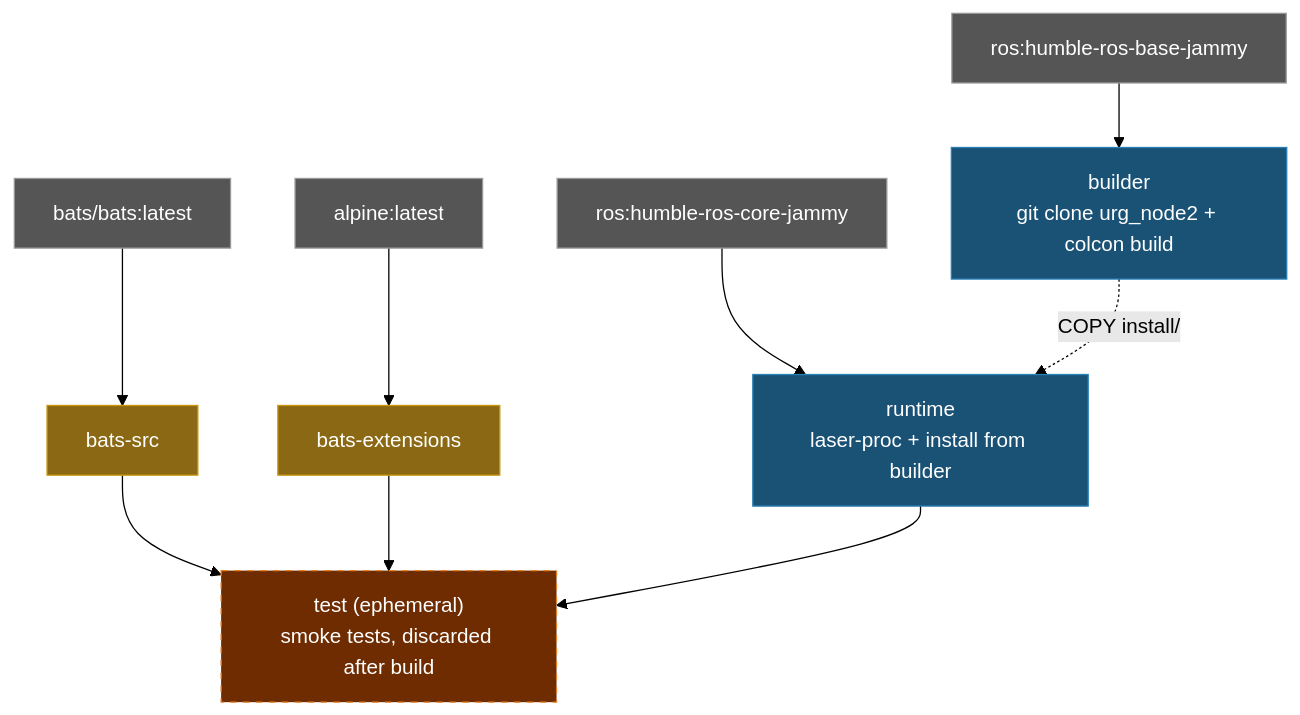
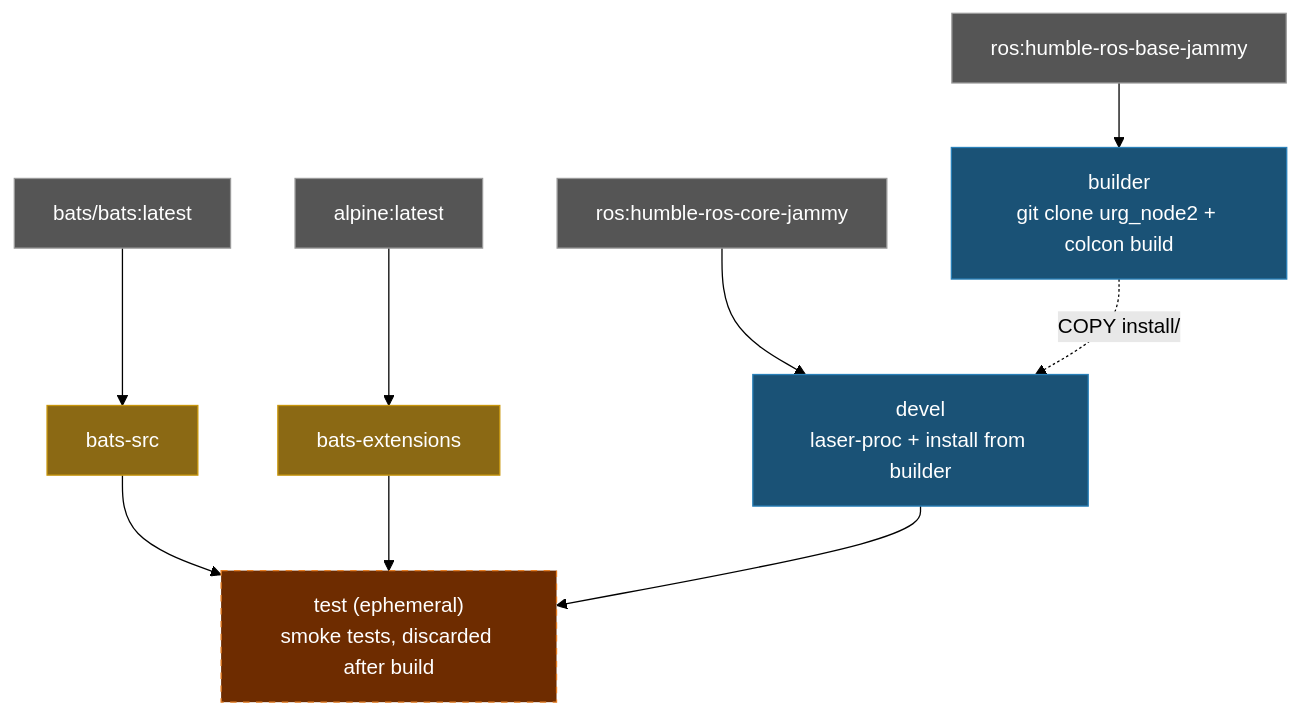
The diagram in README.md (ycpss91255-docker/urg_node2), drawn with Mermaid (forest theme) before and after one commit. The commit also changed other lines of this file and 25 other files, not shown here.

````diff
--- a/README.md
+++ b/README.md
@@ -96,24 +96,24 @@
 ```mermaid
 graph TD
     EXT1["bats/bats:latest"]:::external
     EXT2["alpine:latest"]:::external
     EXT3["ros:humble-ros-base-jammy"]:::external
     EXT4["ros:humble-ros-core-jammy"]:::external
 
     EXT1 --> bats-src["bats-src"]:::tool
     EXT2 --> bats-ext["bats-extensions"]:::tool
 
     EXT3 --> builder["builder\ngit clone urg_node2 + colcon build"]:::stage
 
-    EXT4 --> runtime["runtime\nlaser-proc + install from builder"]:::stage
-    builder -.->|COPY install/| runtime
+    EXT4 --> devel["devel\nlaser-proc + install from builder"]:::stage
+    builder -.->|COPY install/| devel
 
     bats-src --> test["test (ephemeral)\nsmoke tests, discarded after build"]:::ephemeral
     bats-ext --> test
-    runtime --> test
+    devel --> test
 
     classDef external fill:#555,color:#fff,stroke:#999
     classDef tool fill:#8B6914,color:#fff,stroke:#c8960c
     classDef stage fill:#1a5276,color:#fff,stroke:#2980b9
     classDef ephemeral fill:#6e2c00,color:#fff,stroke:#e67e22,stroke-dasharray:5 5
 ```
````
